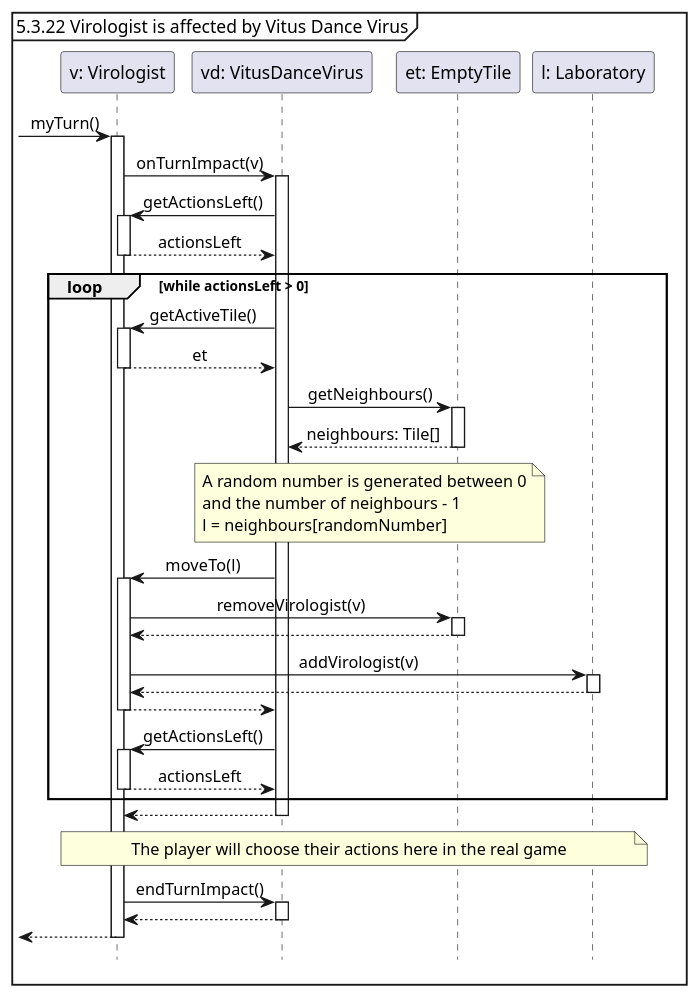
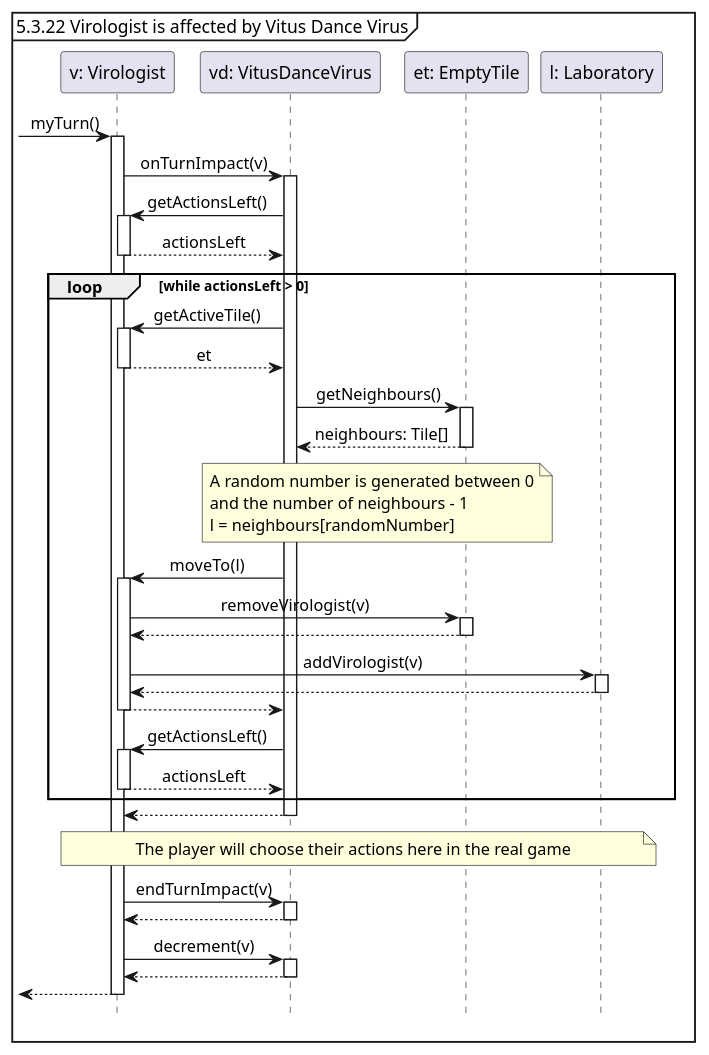
One commit to Tschonti/503-service-unavailable changed the diagram in docs/testCases/sequences/vitusDanceOnTurnImpact.puml. Above: the diagram before and after it, drawn with PlantUML. The commit also changed 5 other files, not shown here.

```diff
--- a/docs/testCases/sequences/vitusDanceOnTurnImpact.puml
+++ b/docs/testCases/sequences/vitusDanceOnTurnImpact.puml
@@ -1,42 +1,44 @@
 @startuml
 'https://plantuml.com/sequence-diagram
 hide footbox
 skinparam sequenceMessageAlign center
 
 mainframe 5.3.22 Virologist is affected by Vitus Dance Virus
 
 participant "v: Virologist" as v
 participant "vd: VitusDanceVirus" as vd
 participant "et: EmptyTile" as et
 participant "l: Laboratory" as l
 
 -> v ++: myTurn()
     v -> vd ++: onTurnImpact(v)
         vd -> v ++: getActionsLeft()
         return actionsLeft
         loop while actionsLeft > 0
             vd -> v ++: getActiveTile()
             return et
             vd -> et ++: getNeighbours()
             return neighbours: Tile[]
             note over vd, et
              A random number is generated between 0
              and the number of neighbours - 1
              l = neighbours[randomNumber]
             end note
             vd -> v ++: moveTo(l)
                 v -> et ++ : removeVirologist(v)
                 return
                 v -> l ++ : addVirologist(v)
                 return
             return
             vd -> v ++: getActionsLeft()
             return actionsLeft
         end
     return
     note across : The player will choose their actions here in the real game
 
-    v -> vd ++ : endTurnImpact()
+    v -> vd ++ : endTurnImpact(v)
+    return
+    v -> vd ++ : decrement(v)
     return
 return
 @enduml
```
